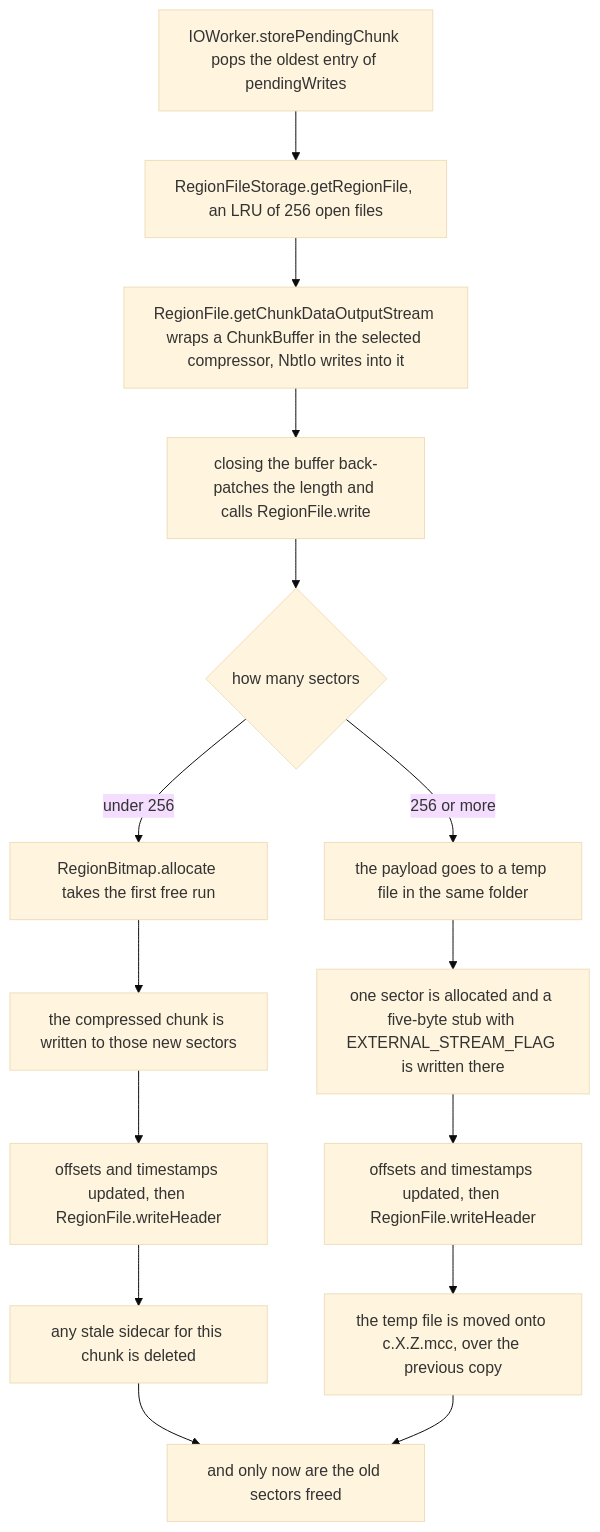
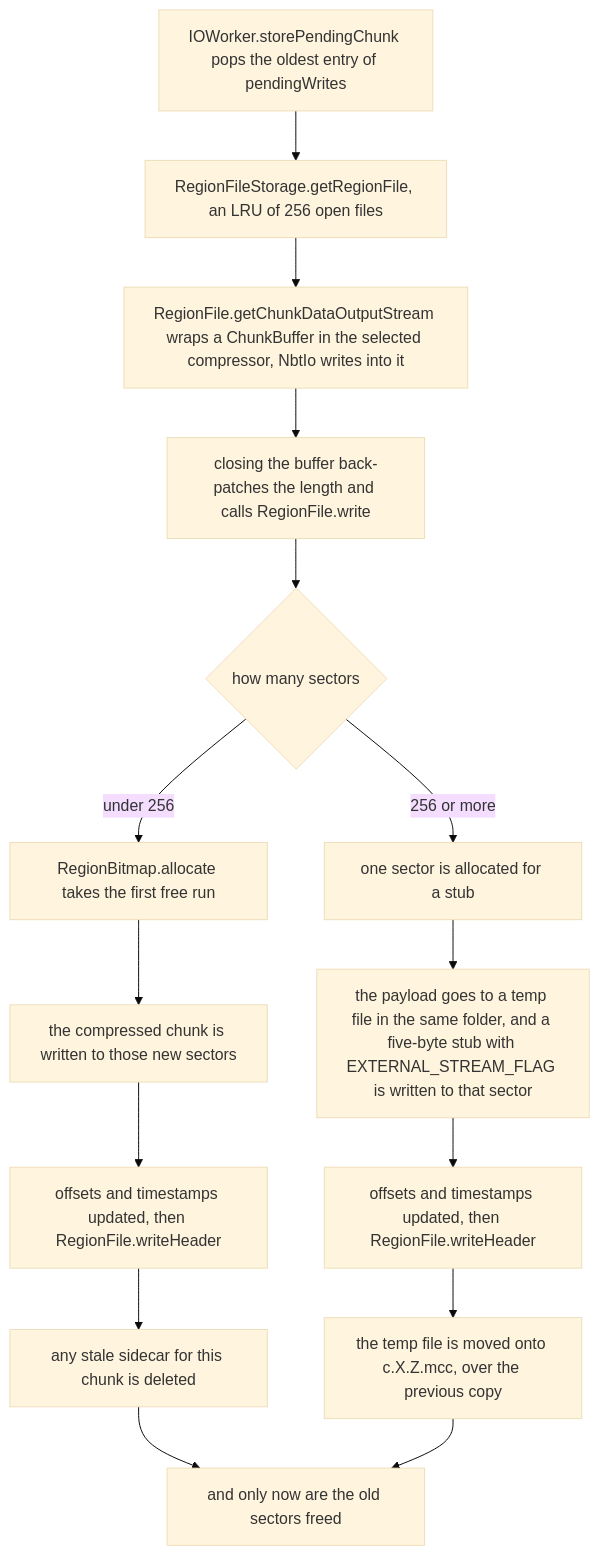
Before and after one commit to AlexanderjFraser/MinecraftDocs: the third of 3 diagrams in src/systems/world/chunk-storage.md, drawn with Mermaid (base theme). The commit also changed other lines of this file and 13 other files, not shown here.

````diff
--- a/src/systems/world/chunk-storage.md
+++ b/src/systems/world/chunk-storage.md
@@ -198,17 +217,17 @@
 ```mermaid
 flowchart TD
     A["IOWorker.storePendingChunk pops the oldest entry of pendingWrites"] --> B["RegionFileStorage.getRegionFile, an LRU of 256 open files"]
     B --> C["RegionFile.getChunkDataOutputStream wraps a ChunkBuffer in the selected compressor, NbtIo writes into it"]
     C --> D["closing the buffer back-patches the length and calls RegionFile.write"]
     D --> E{"how many sectors"}
     E -- "under 256" --> F1["RegionBitmap.allocate takes the first free run"]
     F1 --> F2["the compressed chunk is written to those new sectors"]
     F2 --> F3["offsets and timestamps updated, then RegionFile.writeHeader"]
     F3 --> F4["any stale sidecar for this chunk is deleted"]
     F4 --> Z["and only now are the old sectors freed"]
-    E -- "256 or more" --> G1["the payload goes to a temp file in the same folder"]
-    G1 --> G2["one sector is allocated and a five-byte stub with EXTERNAL_STREAM_FLAG is written there"]
+    E -- "256 or more" --> G1["one sector is allocated for a stub"]
+    G1 --> G2["the payload goes to a temp file in the same folder, and a five-byte stub with EXTERNAL_STREAM_FLAG is written to that sector"]
     G2 --> G3["offsets and timestamps updated, then RegionFile.writeHeader"]
     G3 --> G4["the temp file is moved onto c.X.Z.mcc, over the previous copy"]
     G4 --> Z
 ```
````
